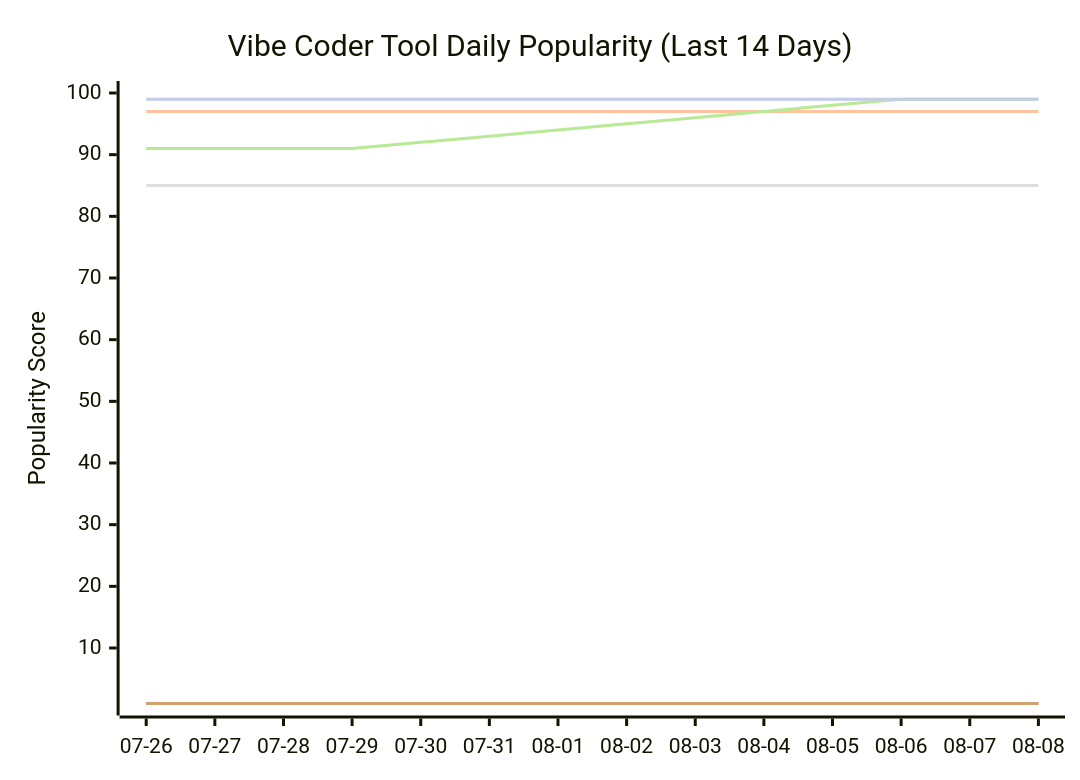
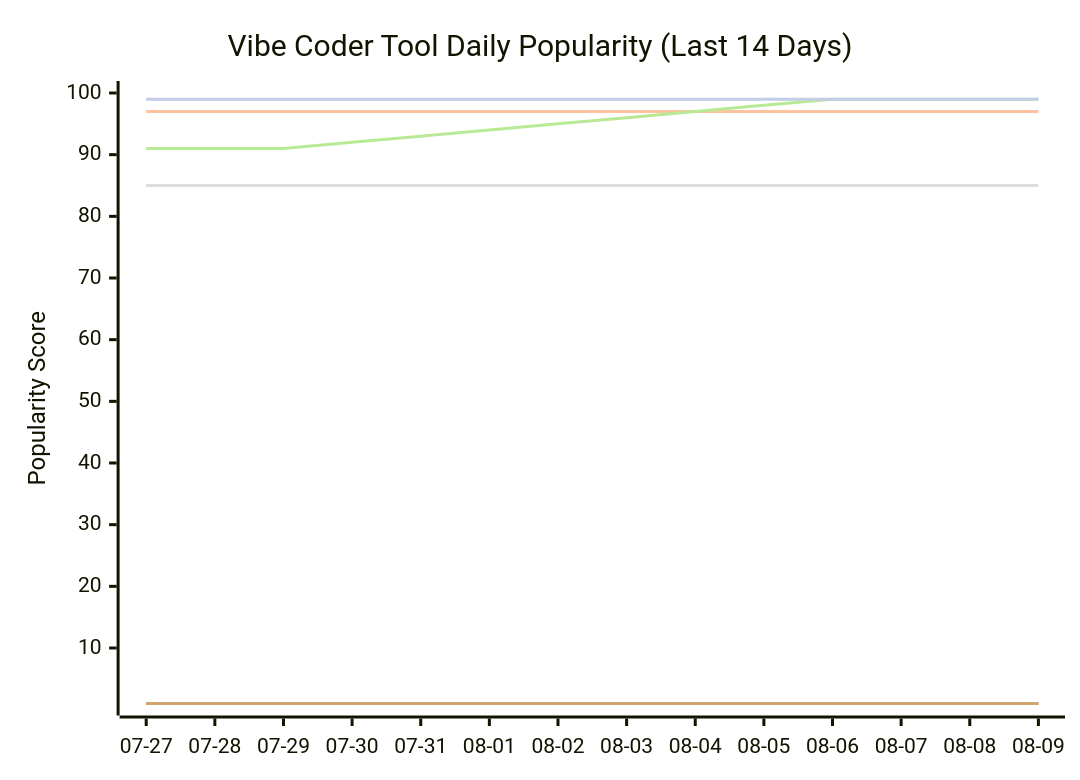
One commit to tykimos/ai-whatchelin changed the seventh of 11 diagrams in README.md. Above: the diagram before and after it, drawn with Mermaid. The commit also changed other lines of this file and 4 other files, not shown here.

````diff
--- a/README.md
+++ b/README.md
@@ -2203,13 +2203,13 @@
 ```mermaid
 xychart-beta
     title "Vibe Coder Tool Daily Popularity (Last 14 Days)"
-    x-axis ["07-26", "07-27", "07-28", "07-29", "07-30", "07-31", "08-01", "08-02", "08-03", "08-04", "08-05", "08-06", "08-07", "08-08"]
+    x-axis ["07-27", "07-28", "07-29", "07-30", "07-31", "08-01", "08-02", "08-03", "08-04", "08-05", "08-06", "08-07", "08-08", "08-09"]
     y-axis "Popularity Score" 1 --> 100
     line "Claude Code" [99, 99, 99, 99, 99, 99, 99, 99, 99, 99, 99, 99, 99, 99]
     line "GH Copilot" [1, 1, 1, 1, 1, 1, 1, 1, 1, 1, 1, 1, 1, 1]
     line "Cursor" [97, 97, 97, 97, 97, 97, 97, 97, 97, 97, 97, 97, 97, 97]
     line "Windsurf" [85, 85, 85, 85, 85, 85, 85, 85, 85, 85, 85, 85, 85, 85]
-    line "Codex CLI" [91, 91, 91, 91, 92, 93, 94, 95, 96, 97, 98, 99, 99, 99]
+    line "Codex CLI" [91, 91, 91, 92, 93, 94, 95, 96, 97, 98, 99, 99, 99, 99]
     line "Gemini CLI" [1, 1, 1, 1, 1, 1, 1, 1, 1, 1, 1, 1, 1, 1]
     line "Antigravity" [99, 99, 99, 99, 99, 99, 99, 99, 99, 99, 99, 99, 99, 99]
 ```
````
